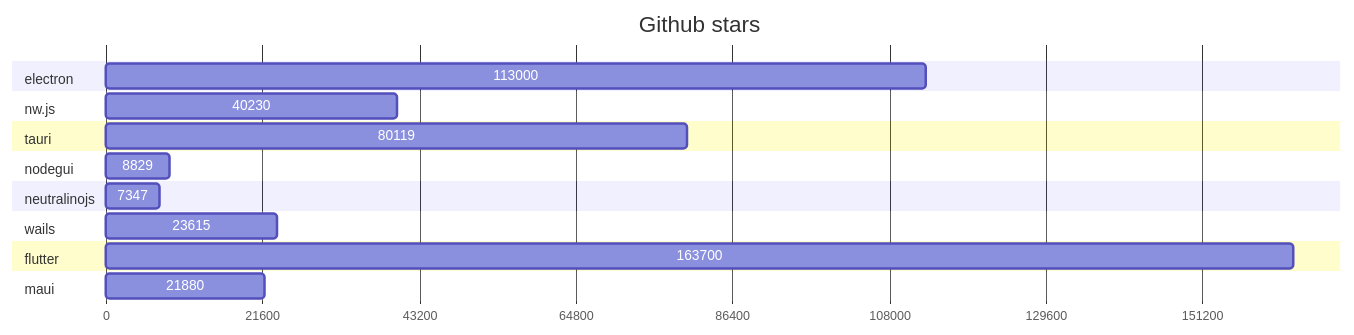
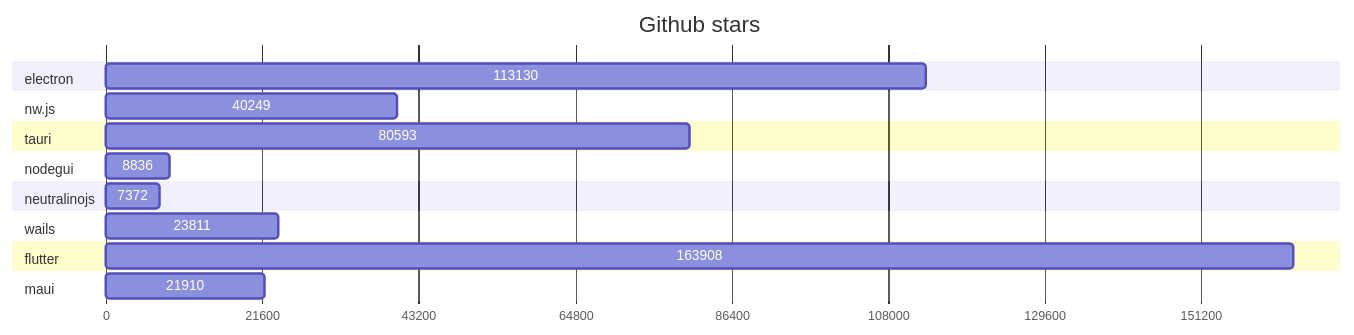
One commit to Elanis/web-to-desktop-framework-comparison changed the first of 2 diagrams in GRAPHS.md. Above: the diagram before and after it, drawn with Mermaid. The commit also changed other lines of this file and 2 other files, not shown here.

Commit message:
Update stars & Fork

````diff
--- a/GRAPHS.md
+++ b/GRAPHS.md
@@ -5,40 +5,40 @@
 ```mermaid
 gantt
     title Github stars
     dateFormat  X
     axisFormat %s
 
 
 	section electron
-	113000 : 0, 113000
+	113130 : 0, 113130
 
 	
 	section nw.js
-	40230 : 0, 40230
+	40249 : 0, 40249
 
 	
 	section tauri
-	80119 : 0, 80119
+	80593 : 0, 80593
 
 	
 	section nodegui
-	8829 : 0, 8829
+	8836 : 0, 8836
 
 	
 	section neutralinojs
-	7347 : 0, 7347
+	7372 : 0, 7372
 
 	
 	section wails
-	23615 : 0, 23615
+	23811 : 0, 23811
 
 	
 	section flutter
-	163700 : 0, 163700
+	163908 : 0, 163908
 
 	
 	section maui
-	21880 : 0, 21880
+	21910 : 0, 21910
 
 	
 ```
````
